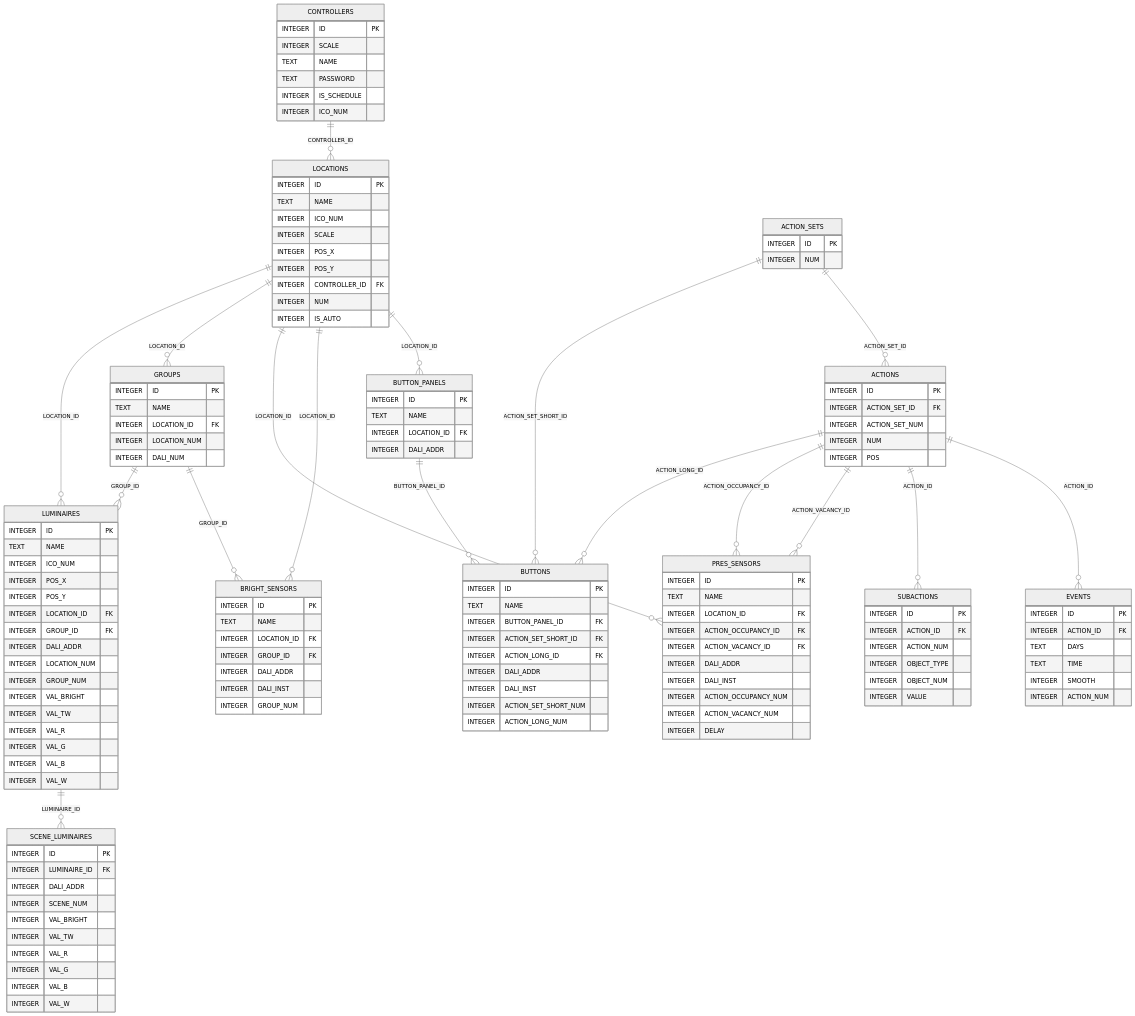
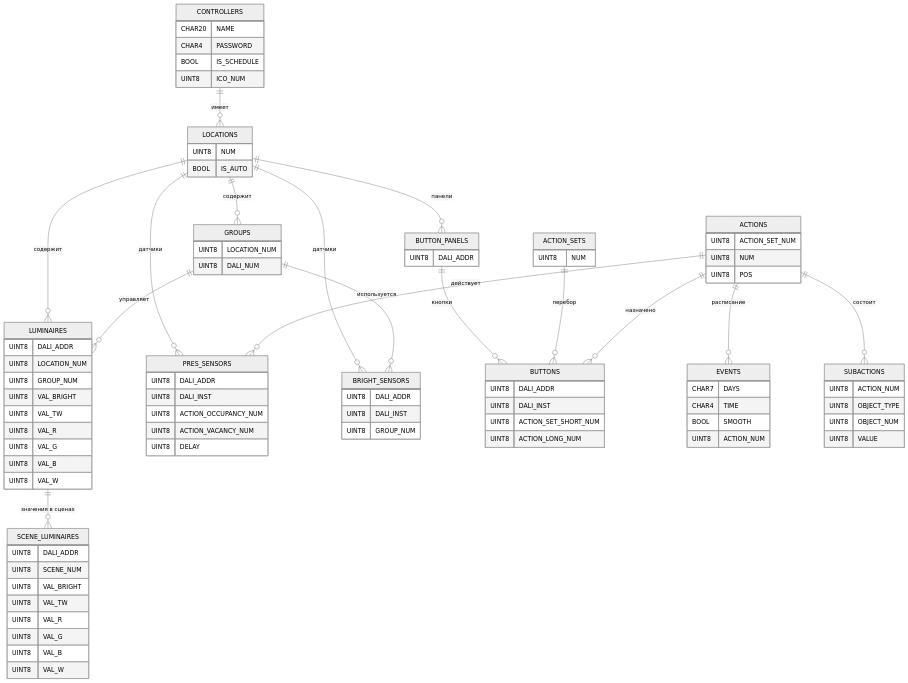
The diagram in PDS/SynapsePDS_FW_DB_scheme.md (KhudyakovAlex/Synapse), drawn with Mermaid (neutral theme) before and after one commit. The commit also changed 8 other files, not shown here.

````diff
--- a/PDS/SynapsePDS_FW_DB_scheme.md
+++ b/PDS/SynapsePDS_FW_DB_scheme.md
@@ -7,154 +7,107 @@
 ```mermaid
 erDiagram
-    CONTROLLERS ||--o{ LOCATIONS : "CONTROLLER_ID"
-    LOCATIONS ||--o{ LUMINAIRES : "LOCATION_ID"
-    LOCATIONS ||--o{ GROUPS : "LOCATION_ID"
-    LOCATIONS ||--o{ PRES_SENSORS : "LOCATION_ID"
-    LOCATIONS ||--o{ BRIGHT_SENSORS : "LOCATION_ID"
-    LOCATIONS ||--o{ BUTTON_PANELS : "LOCATION_ID"
-    GROUPS ||--o{ LUMINAIRES : "GROUP_ID"
-    GROUPS ||--o{ BRIGHT_SENSORS : "GROUP_ID"
-    LUMINAIRES ||--o{ SCENE_LUMINAIRES : "LUMINAIRE_ID"
-    BUTTON_PANELS ||--o{ BUTTONS : "BUTTON_PANEL_ID"
-    ACTION_SETS ||--o{ BUTTONS : "ACTION_SET_SHORT_ID"
-    ACTIONS ||--o{ BUTTONS : "ACTION_LONG_ID"
-    ACTIONS ||--o{ PRES_SENSORS : "ACTION_OCCUPANCY_ID"
-    ACTIONS ||--o{ PRES_SENSORS : "ACTION_VACANCY_ID"
-    ACTION_SETS ||--o{ ACTIONS : "ACTION_SET_ID"
-    ACTIONS ||--o{ SUBACTIONS : "ACTION_ID"
-    ACTIONS ||--o{ EVENTS : "ACTION_ID"
+    CONTROLLERS ||--o{ LOCATIONS : "имеет"
+    LOCATIONS ||--o{ LUMINAIRES : "содержит"
+    LOCATIONS ||--o{ GROUPS : "содержит"
+    LOCATIONS ||--o{ PRES_SENSORS : "датчики"
+    LOCATIONS ||--o{ BRIGHT_SENSORS : "датчики"
+    LOCATIONS ||--o{ BUTTON_PANELS : "панели"
+    GROUPS ||--o{ LUMINAIRES : "управляет"
+    GROUPS ||--o{ BRIGHT_SENSORS : "используется"
+    LUMINAIRES ||--o{ SCENE_LUMINAIRES : "значения в сценах"
+    BUTTON_PANELS ||--o{ BUTTONS : "кнопки"
+    ACTION_SETS ||--o{ BUTTONS : "перебор"
+    ACTIONS ||--o{ BUTTONS : "назначено"
+    ACTIONS ||--o{ PRES_SENSORS : "действует"
+    ACTIONS ||--o{ EVENTS : "расписание"
+    ACTIONS ||--o{ SUBACTIONS : "состоит"
 
     CONTROLLERS {
-        INTEGER ID PK
-        INTEGER SCALE
-        TEXT NAME
-        TEXT PASSWORD
-        INTEGER IS_SCHEDULE
-        INTEGER ICO_NUM
+        CHAR20 NAME
+        CHAR4 PASSWORD
+        BOOL IS_SCHEDULE
+        UINT8 ICO_NUM
     }
 
     LOCATIONS {
-        INTEGER ID PK
-        TEXT NAME
-        INTEGER ICO_NUM
-        INTEGER SCALE
-        INTEGER POS_X
-        INTEGER POS_Y
-        INTEGER CONTROLLER_ID FK
-        INTEGER NUM
-        INTEGER IS_AUTO
+        UINT8 NUM
+        BOOL IS_AUTO
     }
 
     LUMINAIRES {
-        INTEGER ID PK
-        TEXT NAME
-        INTEGER ICO_NUM
-        INTEGER POS_X
-        INTEGER POS_Y
-        INTEGER LOCATION_ID FK
-        INTEGER GROUP_ID FK
-        INTEGER DALI_ADDR
-        INTEGER LOCATION_NUM
-        INTEGER GROUP_NUM
-        INTEGER VAL_BRIGHT
-        INTEGER VAL_TW
-        INTEGER VAL_R
-        INTEGER VAL_G
-        INTEGER VAL_B
-        INTEGER VAL_W
+        UINT8 DALI_ADDR
+        UINT8 LOCATION_NUM
+        UINT8 GROUP_NUM
+        UINT8 VAL_BRIGHT
+        UINT8 VAL_TW
+        UINT8 VAL_R
+        UINT8 VAL_G
+        UINT8 VAL_B
+        UINT8 VAL_W
     }
 
     SCENE_LUMINAIRES {
-        INTEGER ID PK
-        INTEGER LUMINAIRE_ID FK
-        INTEGER DALI_ADDR
-        INTEGER SCENE_NUM
-        INTEGER VAL_BRIGHT
-        INTEGER VAL_TW
-        INTEGER VAL_R
-        INTEGER VAL_G
-        INTEGER VAL_B
-        INTEGER VAL_W
+        UINT8 DALI_ADDR
+        UINT8 SCENE_NUM
+        UINT8 VAL_BRIGHT
+        UINT8 VAL_TW
+        UINT8 VAL_R
+        UINT8 VAL_G
+        UINT8 VAL_B
+        UINT8 VAL_W
     }
 
     GROUPS {
-        INTEGER ID PK
-        TEXT NAME
-        INTEGER LOCATION_ID FK
-        INTEGER LOCATION_NUM
-        INTEGER DALI_NUM
+        UINT8 LOCATION_NUM
+        UINT8 DALI_NUM
     }
 
     PRES_SENSORS {
-        INTEGER ID PK
-        TEXT NAME
-        INTEGER LOCATION_ID FK
-        INTEGER ACTION_OCCUPANCY_ID FK
-        INTEGER ACTION_VACANCY_ID FK
-        INTEGER DALI_ADDR
-        INTEGER DALI_INST
-        INTEGER ACTION_OCCUPANCY_NUM
-        INTEGER ACTION_VACANCY_NUM
-        INTEGER DELAY
+        UINT8 DALI_ADDR
+        UINT8 DALI_INST
+        UINT8 ACTION_OCCUPANCY_NUM
+        UINT8 ACTION_VACANCY_NUM
+        UINT8 DELAY
     }
 
     BRIGHT_SENSORS {
-        INTEGER ID PK
-        TEXT NAME
-        INTEGER LOCATION_ID FK
-        INTEGER GROUP_ID FK
-        INTEGER DALI_ADDR
-        INTEGER DALI_INST
-        INTEGER GROUP_NUM
+        UINT8 DALI_ADDR
+        UINT8 DALI_INST
+        UINT8 GROUP_NUM
     }
 
     BUTTON_PANELS {
-        INTEGER ID PK
-        TEXT NAME
-        INTEGER LOCATION_ID FK
-        INTEGER DALI_ADDR
+        UINT8 DALI_ADDR
     }
 
     BUTTONS {
-        INTEGER ID PK
-        TEXT NAME
-        INTEGER BUTTON_PANEL_ID FK
-        INTEGER ACTION_SET_SHORT_ID FK
-        INTEGER ACTION_LONG_ID FK
-        INTEGER DALI_ADDR
-        INTEGER DALI_INST
-        INTEGER ACTION_SET_SHORT_NUM
-        INTEGER ACTION_LONG_NUM
+        UINT8 DALI_ADDR
+        UINT8 DALI_INST
+        UINT8 ACTION_SET_SHORT_NUM
+        UINT8 ACTION_LONG_NUM
     }
 
     ACTION_SETS {
-        INTEGER ID PK
-        INTEGER NUM
+        UINT8 NUM
     }
 
     ACTIONS {
-        INTEGER ID PK
-        INTEGER ACTION_SET_ID FK
-        INTEGER ACTION_SET_NUM
-        INTEGER NUM
-        INTEGER POS
+        UINT8 ACTION_SET_NUM
+        UINT8 NUM
+        UINT8 POS
     }
 
     SUBACTIONS {
-        INTEGER ID PK
-        INTEGER ACTION_ID FK
-        INTEGER ACTION_NUM
-        INTEGER OBJECT_TYPE
-        INTEGER OBJECT_NUM
-        INTEGER VALUE
+        UINT8 ACTION_NUM
+        UINT8 OBJECT_TYPE
+        UINT8 OBJECT_NUM
+        UINT8 VALUE
     }
 
     EVENTS {
-        INTEGER ID PK
-        INTEGER ACTION_ID FK
-        TEXT DAYS
-        TEXT TIME
-        INTEGER SMOOTH
-        INTEGER ACTION_NUM
+        CHAR7 DAYS
+        CHAR4 TIME
+        BOOL SMOOTH
+        UINT8 ACTION_NUM
     }
 ```
````
